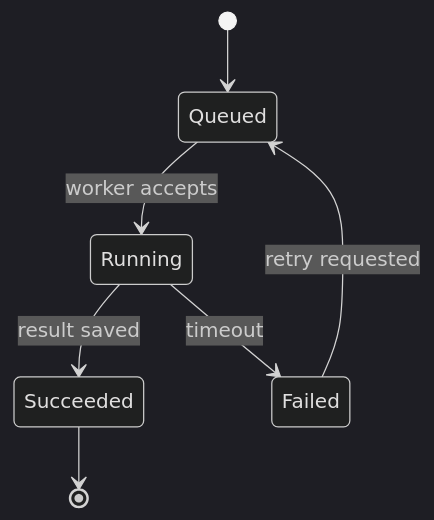
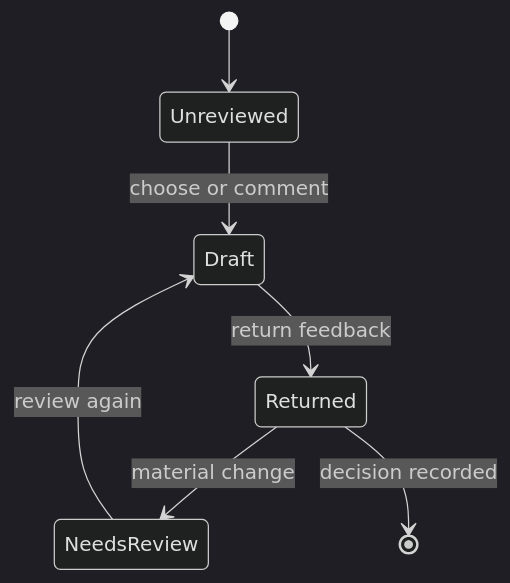
The diagram in checks/state.mmd (asabirov/mermaid-diagrams-skill), drawn with Mermaid (dark theme) before and after one commit. The commit also changed 9 other files, not shown here.

Commit message:
Apply approved Mermaid review styling and presentation (#4)

```diff
--- a/checks/state.mmd
+++ b/checks/state.mmd
@@ -1,9 +1,12 @@
 stateDiagram-v2
-  accTitle: Job lifecycle
-  accDescr: A queued job runs, succeeds or fails, and a failed job can be retried.
-  [*] --> Queued
-  Queued --> Running: worker accepts
-  Running --> Succeeded: result saved
-  Running --> Failed: timeout
-  Failed --> Queued: retry requested
-  Succeeded --> [*]
+accTitle: Review choice lifecycle
+accDescr: Editing creates a draft. Returning feedback records a response. A material revision requires another review.
+[*] --> Unreviewed
+Unreviewed --> Draft: choose or comment
+Draft --> Returned: return feedback
+Returned --> NeedsReview: material change
+NeedsReview --> Draft: review again
+Returned --> [*]: decision recorded
+
+class Draft decision
+class Returned result
```
